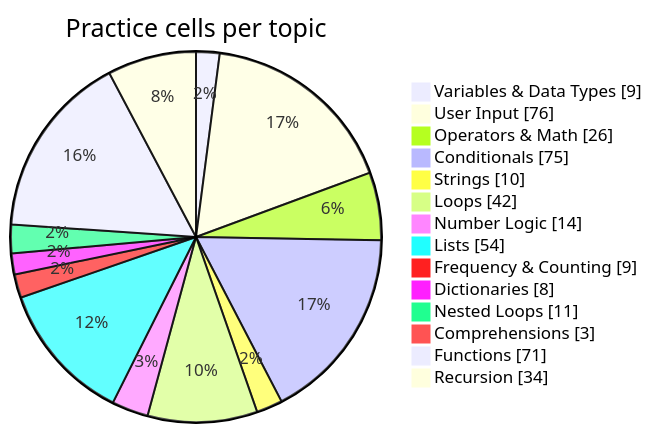
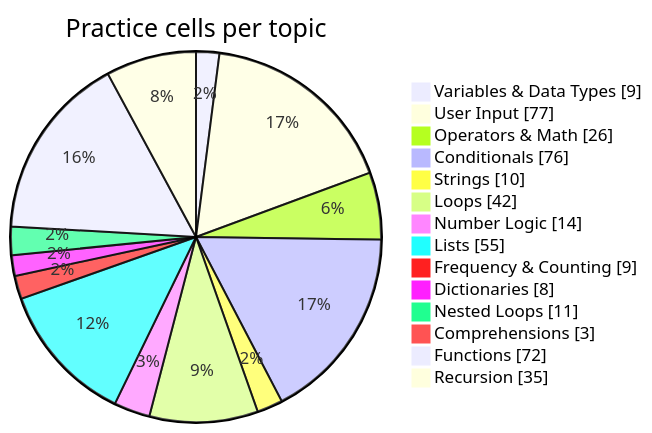
The diagram in README.md (Phantom2101/Python-Daily-Practice), drawn with Mermaid before and after one commit. The commit also changed other lines of this file and 1 other file, not shown here.

````diff
--- a/README.md
+++ b/README.md
@@ -126,17 +126,17 @@
 ```mermaid
 pie showData title Practice cells per topic
     "Variables & Data Types" : 9
-    "User Input" : 76
+    "User Input" : 77
     "Operators & Math" : 26
-    "Conditionals" : 75
+    "Conditionals" : 76
     "Strings" : 10
     "Loops" : 42
     "Number Logic" : 14
-    "Lists" : 54
+    "Lists" : 55
     "Frequency & Counting" : 9
     "Dictionaries" : 8
     "Nested Loops" : 11
     "Comprehensions" : 3
-    "Functions" : 71
-    "Recursion" : 34
+    "Functions" : 72
+    "Recursion" : 35
 ```
````
